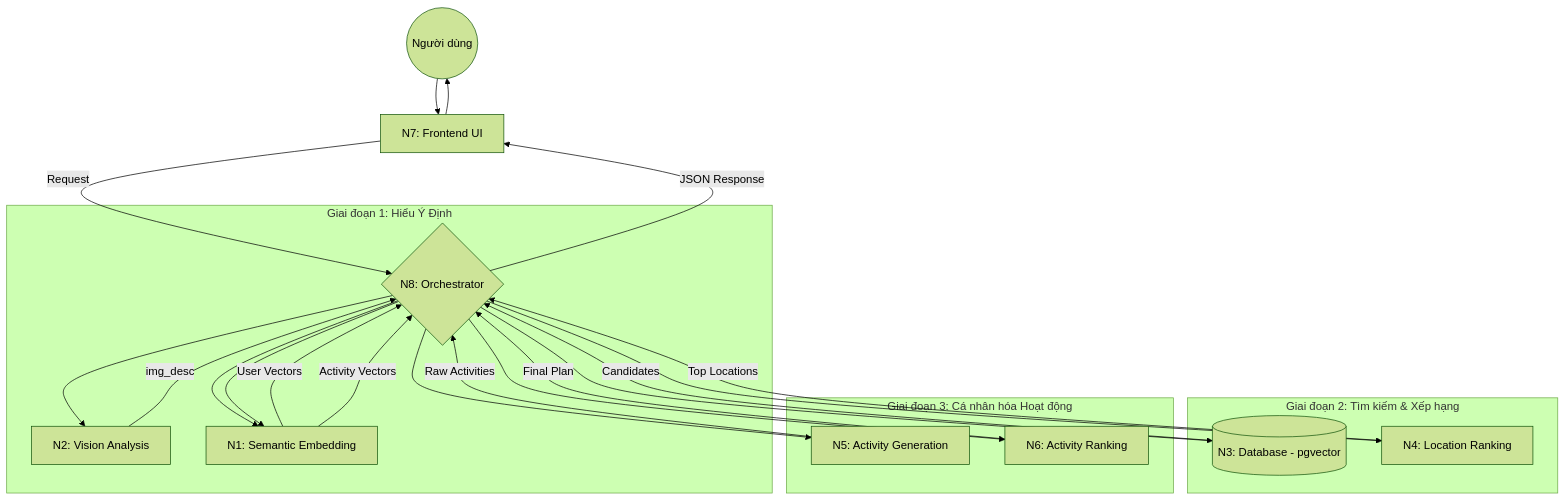
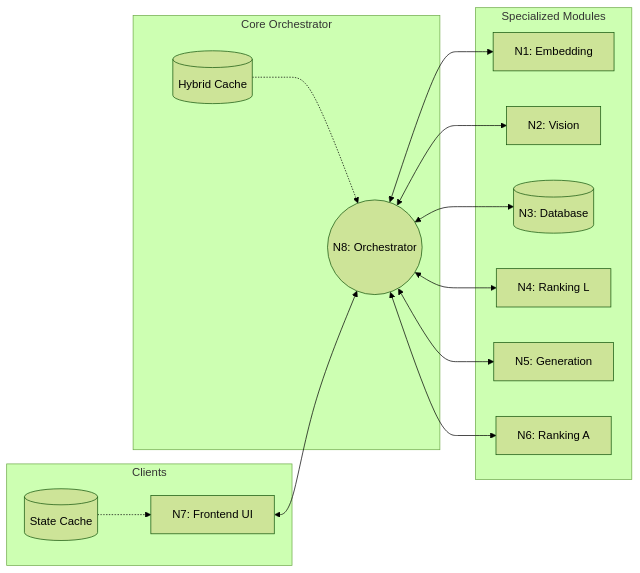
One commit to ltk6/travel-exp-planner changed the first of 2 diagrams in docs/architecture/system_overview.md. Above: the diagram before and after it, drawn with Mermaid (forest theme). The commit also changed other lines of this file and 23 other files, not shown here.

Commit message:
docs: add diagrams for existing docs

````diff
--- a/docs/architecture/system_overview.md
+++ b/docs/architecture/system_overview.md
@@ -24,31 +25,29 @@
 ```mermaid
-graph TD
-    User((Người dùng)) --> N7[N7: Frontend UI]
-    N7 -- Request --> N8{N8: Orchestrator}
-    
-    subgraph "Giai đoạn 1: Hiểu Ý Định"
-    N8 --> N2[N2: Vision Analysis]
-    N2 -- img_desc --> N8
-    N8 --> N1[N1: Semantic Embedding]
-    N1 -- User Vectors --> N8
+graph LR
+    subgraph "Clients"
+        N7[N7: Frontend UI]
+        N7C[(State Cache)] -.-> N7
     end
-    
-    subgraph "Giai đoạn 2: Tìm kiếm & Xếp hạng"
-    N8 --> N3[(N3: Database - pgvector)]
-    N3 -- Candidates --> N8
-    N8 --> N4[N4: Location Ranking]
-    N4 -- Top Locations --> N8
+
+    subgraph "Core Orchestrator"
+        N8((N8: Orchestrator))
+        N8C[(Hybrid Cache)] -.-> N8
     end
-    
-    subgraph "Giai đoạn 3: Cá nhân hóa Hoạt động"
-    N8 --> N5[N5: Activity Generation]
-    N5 -- Raw Activities --> N8
-    N8 --> N1
-    N1 -- Activity Vectors --> N8
-    N8 --> N6[N6: Activity Ranking]
-    N6 -- Final Plan --> N8
+
+    subgraph "Specialized Modules"
+        N1[N1: Embedding]
+        N2[N2: Vision]
+        N3[(N3: Database)]
+        N4[N4: Ranking L]
+        N5[N5: Generation]
+        N6[N6: Ranking A]
     end
-    
-    N8 -- JSON Response --> N7
-    N7 --> User
+
+    N7 <--> N8
+    N8 <--> N1
+    N8 <--> N2
+    N8 <--> N3
+    N8 <--> N4
+    N8 <--> N5
+    N8 <--> N6
 ```
````
